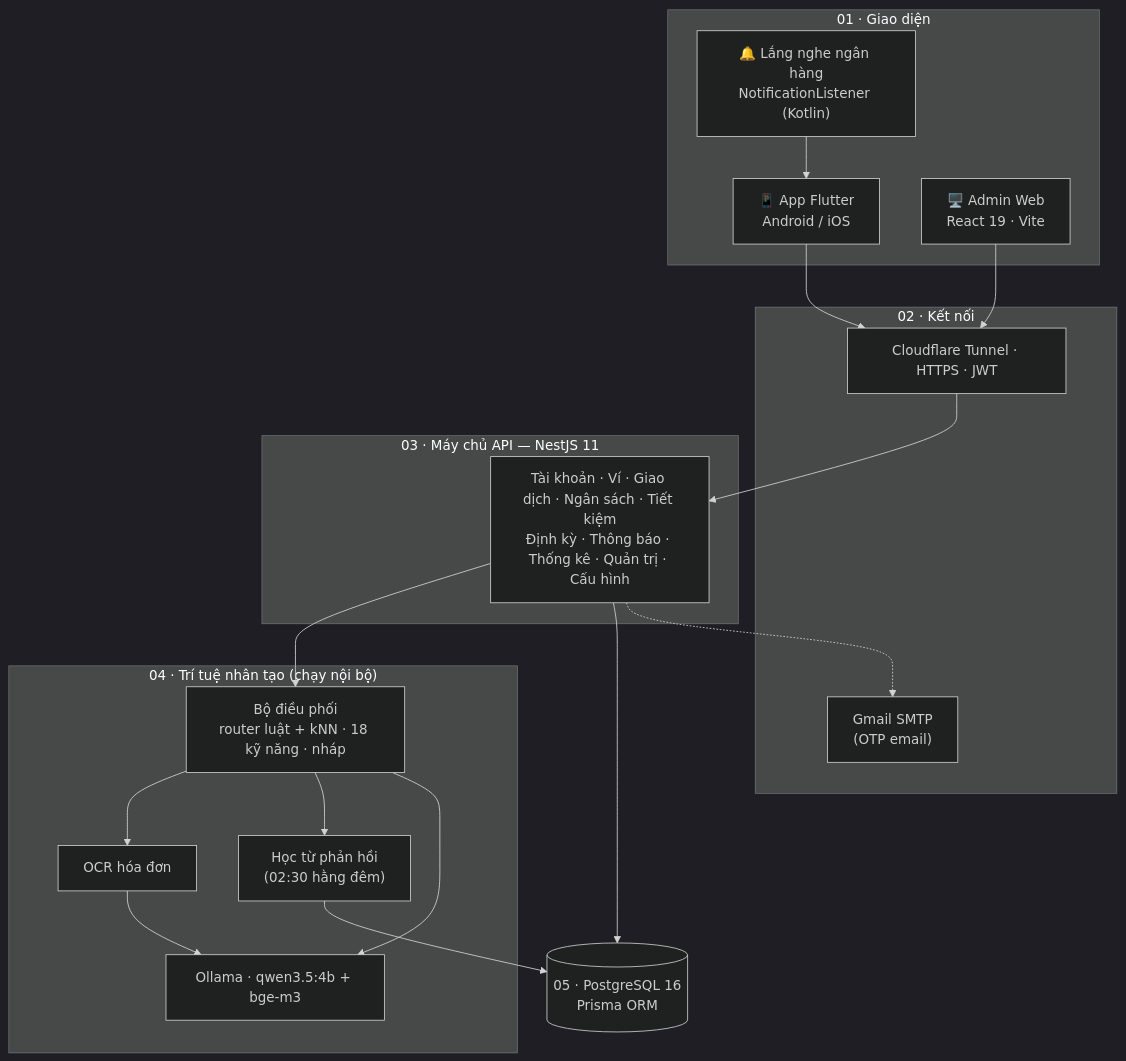
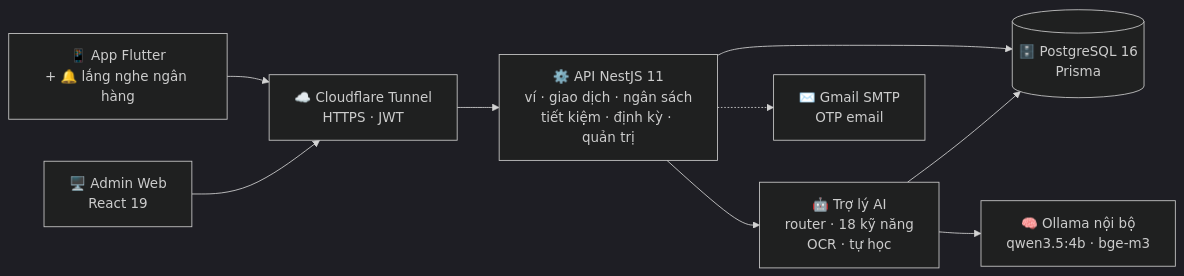
Before and after one commit to xT-chinhan/Tracker---App-: the diagram in README.md, drawn with Mermaid (dark theme).

Commit message:
docs: README — sơ đồ kiến trúc gọn (ngang)

````diff
--- a/README.md
+++ b/README.md
@@ -72,35 +72,11 @@
 ```mermaid
-flowchart TB
-  subgraph Client["01 · Giao diện"]
-    APP["📱 App Flutter<br/>Android / iOS"]
-    LIS["🔔 Lắng nghe ngân hàng<br/>NotificationListener (Kotlin)"]
-    ADM["🖥️ Admin Web<br/>React 19 · Vite"]
-  end
-  subgraph Edge["02 · Kết nối"]
-    CF["Cloudflare Tunnel · HTTPS · JWT"]
-    SMTP["Gmail SMTP<br/>(OTP email)"]
-  end
-  subgraph API["03 · Máy chủ API — NestJS 11"]
-    MOD["Tài khoản · Ví · Giao dịch · Ngân sách · Tiết kiệm<br/>Định kỳ · Thông báo · Thống kê · Quản trị · Cấu hình"]
-  end
-  subgraph AI["04 · Trí tuệ nhân tạo (chạy nội bộ)"]
-    ORC["Bộ điều phối<br/>router luật + kNN · 18 kỹ năng · nháp"]
-    OCR["OCR hóa đơn"]
-    LRN["Học từ phản hồi<br/>(02:30 hằng đêm)"]
-    OLL["Ollama · qwen3.5:4b + bge-m3"]
-  end
-  DB[("05 · PostgreSQL 16<br/>Prisma ORM")]
-
-  APP --> CF
-  LIS --> APP
-  ADM --> CF
-  CF --> MOD
-  MOD --> ORC
-  ORC --> OCR
-  ORC --> LRN
-  ORC --> OLL
-  OCR --> OLL
-  MOD --> DB
-  LRN --> DB
-  MOD -.-> SMTP
+flowchart LR
+  APP["📱 App Flutter<br/>+ 🔔 lắng nghe ngân hàng"] --> CF
+  ADM["🖥️ Admin Web<br/>React 19"] --> CF
+  CF["☁️ Cloudflare Tunnel<br/>HTTPS · JWT"] --> API
+  API["⚙️ API NestJS 11<br/>ví · giao dịch · ngân sách<br/>tiết kiệm · định kỳ · quản trị"] --> DB[("🗄️ PostgreSQL 16<br/>Prisma")]
+  API --> AI["🤖 Trợ lý AI<br/>router · 18 kỹ năng<br/>OCR · tự học"]
+  AI --> OLL["🧠 Ollama nội bộ<br/>qwen3.5:4b · bge-m3"]
+  AI --> DB
+  API -.-> SMTP["✉️ Gmail SMTP<br/>OTP email"]
 ```
````
